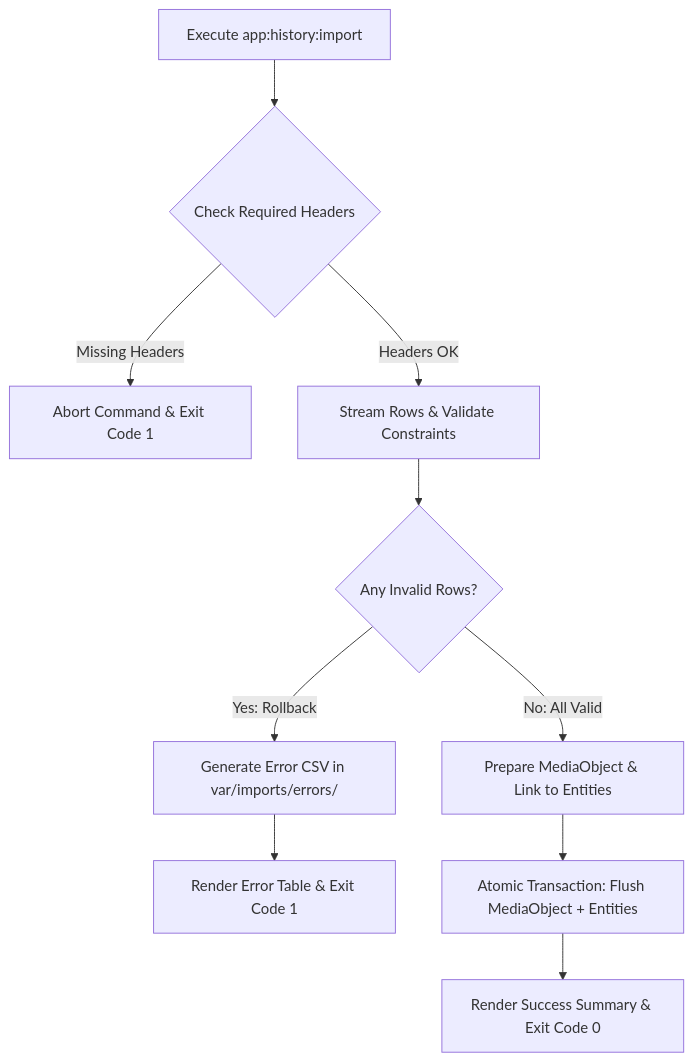
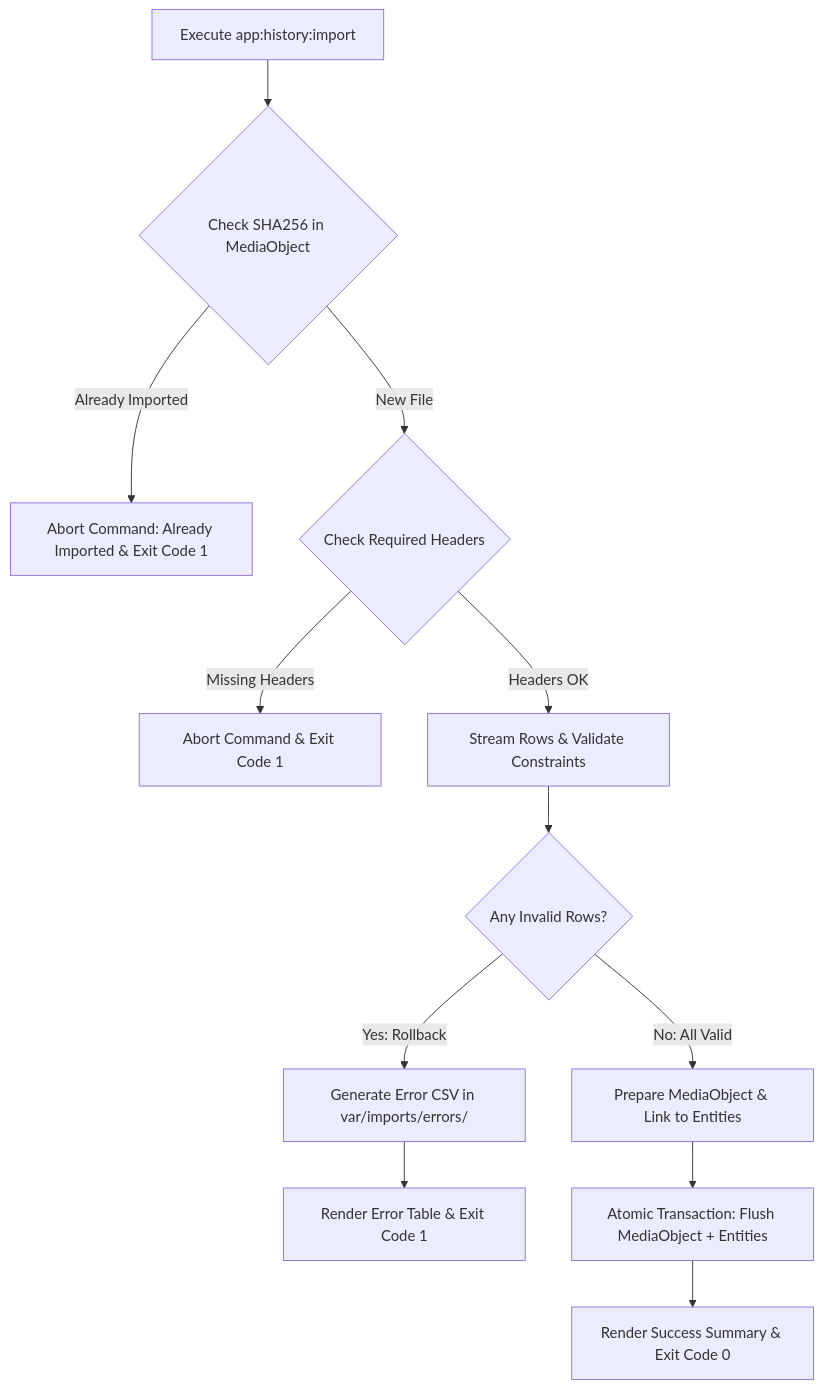
The diagram in docs/okf/workflows/data_import.md (bnza/medgreenrev), drawn with Mermaid before and after one commit. The commit also changed other lines of this file and 15 other files, not shown here.

````diff
--- a/docs/okf/workflows/data_import.md
+++ b/docs/okf/workflows/data_import.md
@@ -56,12 +56,14 @@
 ```mermaid
 graph TD
-    Start[Execute app:history:import] --> ValidateHeaders{Check Required Headers}
+    Start[Execute app:history:import] --> CheckDuplicate{Check SHA256 in MediaObject}
+    CheckDuplicate -->|Already Imported| AbortDup[Abort Command: Already Imported & Exit Code 1]
+    CheckDuplicate -->|New File| ValidateHeaders{Check Required Headers}
     ValidateHeaders -->|Missing Headers| Abort[Abort Command & Exit Code 1]
     ValidateHeaders -->|Headers OK| ParseRows[Stream Rows & Validate Constraints]
     ParseRows --> CheckErrors{Any Invalid Rows?}
     CheckErrors -->|Yes: Rollback| WriteErrCSV[Generate Error CSV in var/imports/errors/]
     WriteErrCSV --> PrintErr[Render Error Table & Exit Code 1]
     CheckErrors -->|No: All Valid| PrepareMedia[Prepare MediaObject & Link to Entities]
     PrepareMedia --> CommitTx[Atomic Transaction: Flush MediaObject + Entities]
     CommitTx --> PrintSuccess[Render Success Summary & Exit Code 0]
 ```
````
